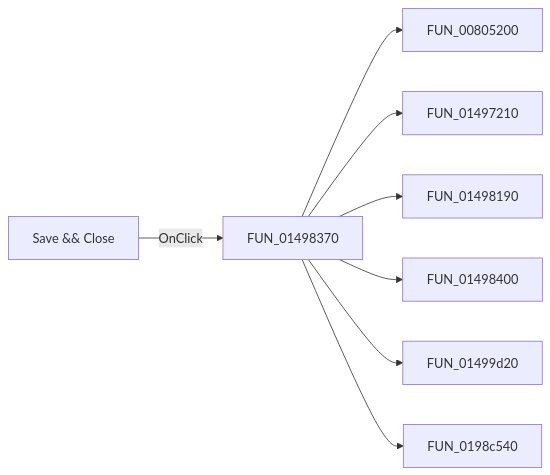
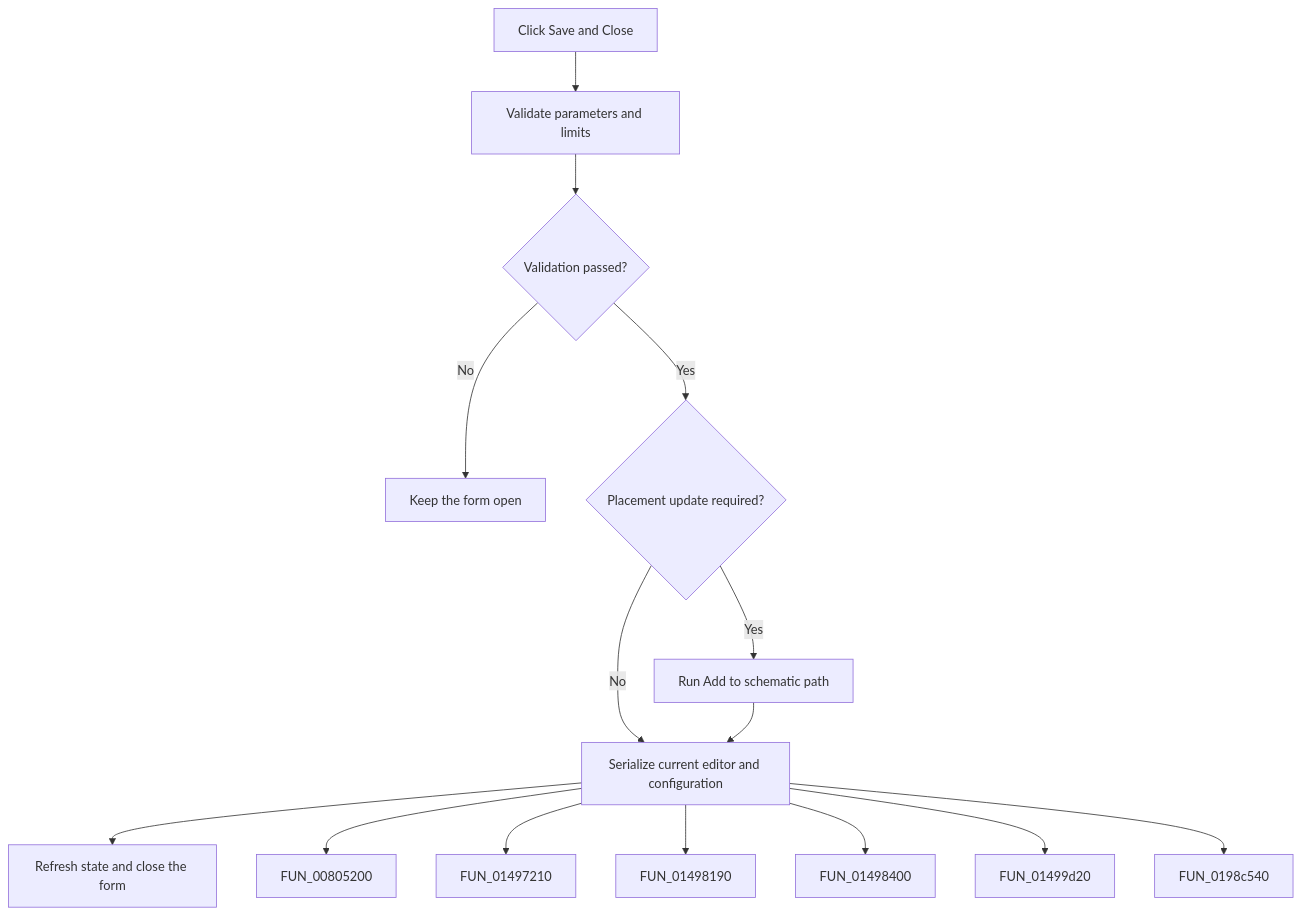
One commit to MovGP0/TIARA changed the diagram in docs/ui-controls/frmdesigntool/bsave-96877c90ab.md. Above: the diagram before and after it, drawn with Mermaid. The commit also changed other lines of this file and 387 other files, not shown here.

````diff
--- a/docs/ui-controls/frmdesigntool/bsave-96877c90ab.md
+++ b/docs/ui-controls/frmdesigntool/bsave-96877c90ab.md
@@ -27,10 +27,17 @@
 ```mermaid
-flowchart LR
-    control["Save && Close"] -->|OnClick| handler["FUN_01498370"]
+flowchart TD
+    control["Click Save and Close"] --> validate["Validate parameters and limits"]
+    validate --> valid{"Validation passed?"}
+    valid -->|No| keep["Keep the form open"]
+    valid -->|Yes| place{"Placement update required?"}
+    place -->|Yes| add["Run Add to schematic path"]
+    place -->|No| handler["Serialize current editor and configuration"]
+    add --> handler
+    handler --> close["Refresh state and close the form"]
     handler --> call1["FUN_00805200"]
     handler --> call2["FUN_01497210"]
     handler --> call3["FUN_01498190"]
     handler --> call4["FUN_01498400"]
     handler --> call5["FUN_01499d20"]
     handler --> call6["FUN_0198c540"]
 ```
````
